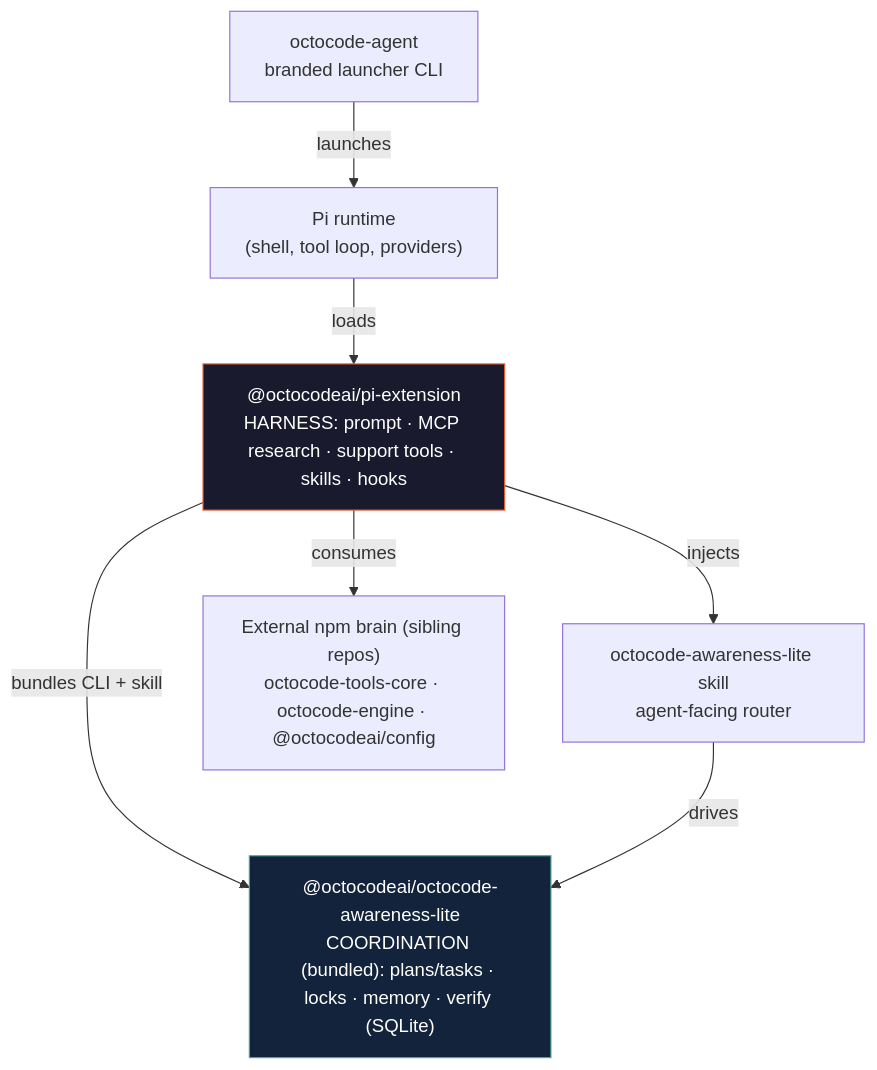
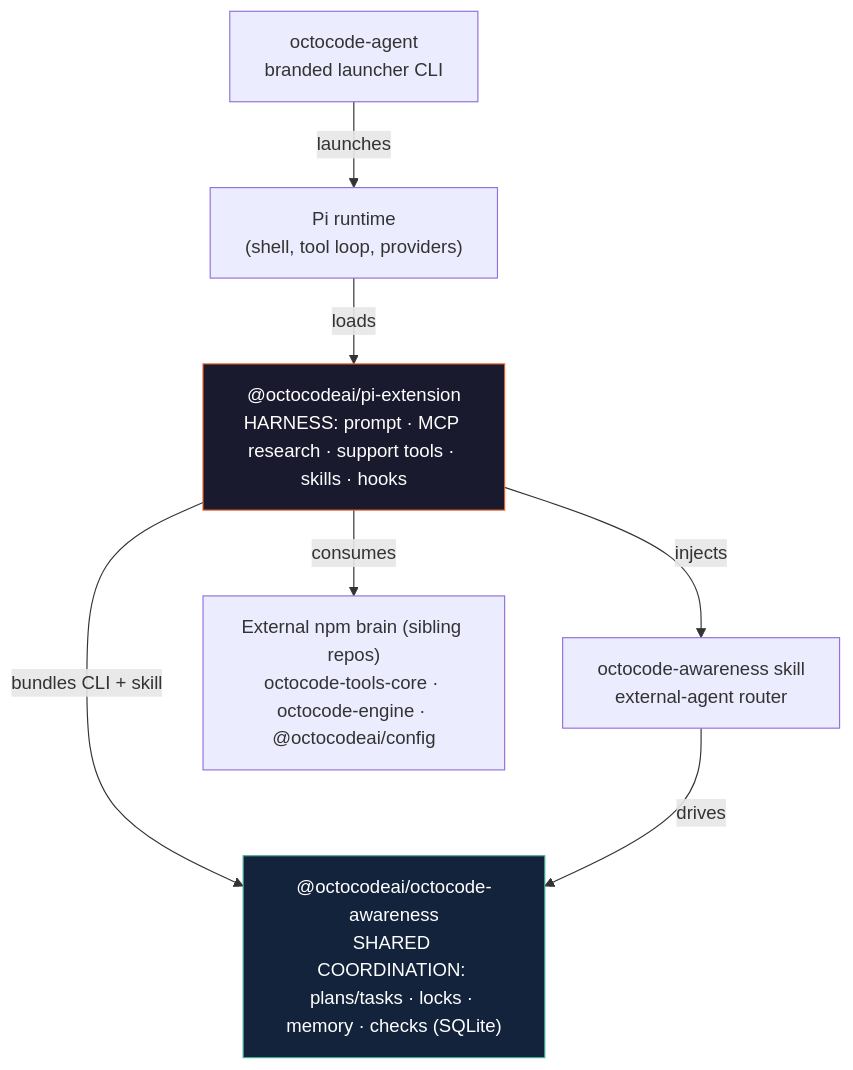
One commit to bgauryy/octocode-agent changed the diagram in README.md. Above: the diagram before and after it, drawn with Mermaid. The commit also changed other lines of this file and 148 other files, not shown here.

````diff
--- a/README.md
+++ b/README.md
@@ -265,19 +263,19 @@
 ```mermaid
 graph TD
     AGENT["octocode-agent<br/>branded launcher CLI"]
     PI["Pi runtime<br/>(shell, tool loop, providers)"]
     EXT["@octocodeai/pi-extension<br/>HARNESS: prompt · MCP research · support tools · skills · hooks"]
-    AW["@octocodeai/octocode-awareness-lite<br/>COORDINATION (bundled): plans/tasks · locks · memory · verify (SQLite)"]
-    SKILL["octocode-awareness-lite skill<br/>agent-facing router"]
+    AW["@octocodeai/octocode-awareness<br/>SHARED COORDINATION: plans/tasks · locks · memory · checks (SQLite)"]
+    SKILL["octocode-awareness skill<br/>external-agent router"]
     BRAIN["External npm brain (sibling repos)<br/>octocode-tools-core · octocode-engine · @octocodeai/config"]
 
     AGENT -- launches --> PI
     PI -- loads --> EXT
     EXT -- bundles CLI + skill --> AW
     EXT -- injects --> SKILL
     SKILL -- drives --> AW
     EXT -- consumes --> BRAIN
 
     style EXT fill:#1a1a2e,stroke:#e75d2a,color:#fff
     style AW fill:#12233b,stroke:#4a9,color:#fff
 ```
````
